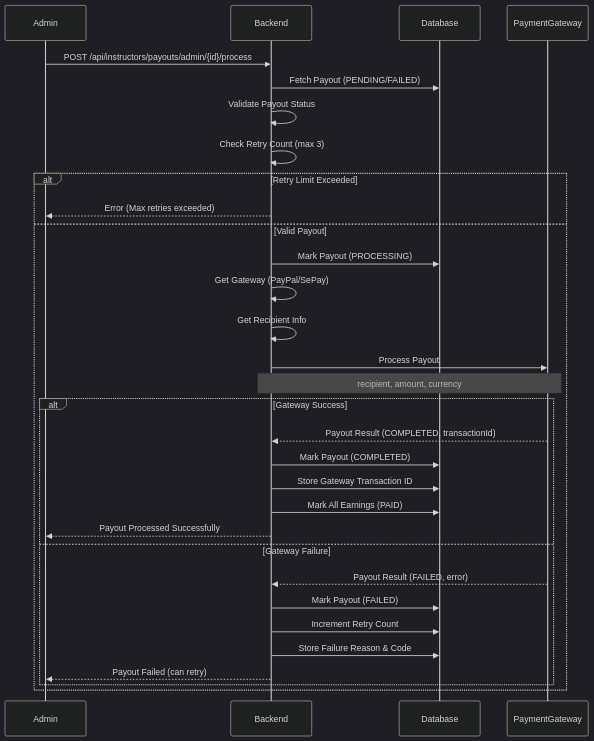
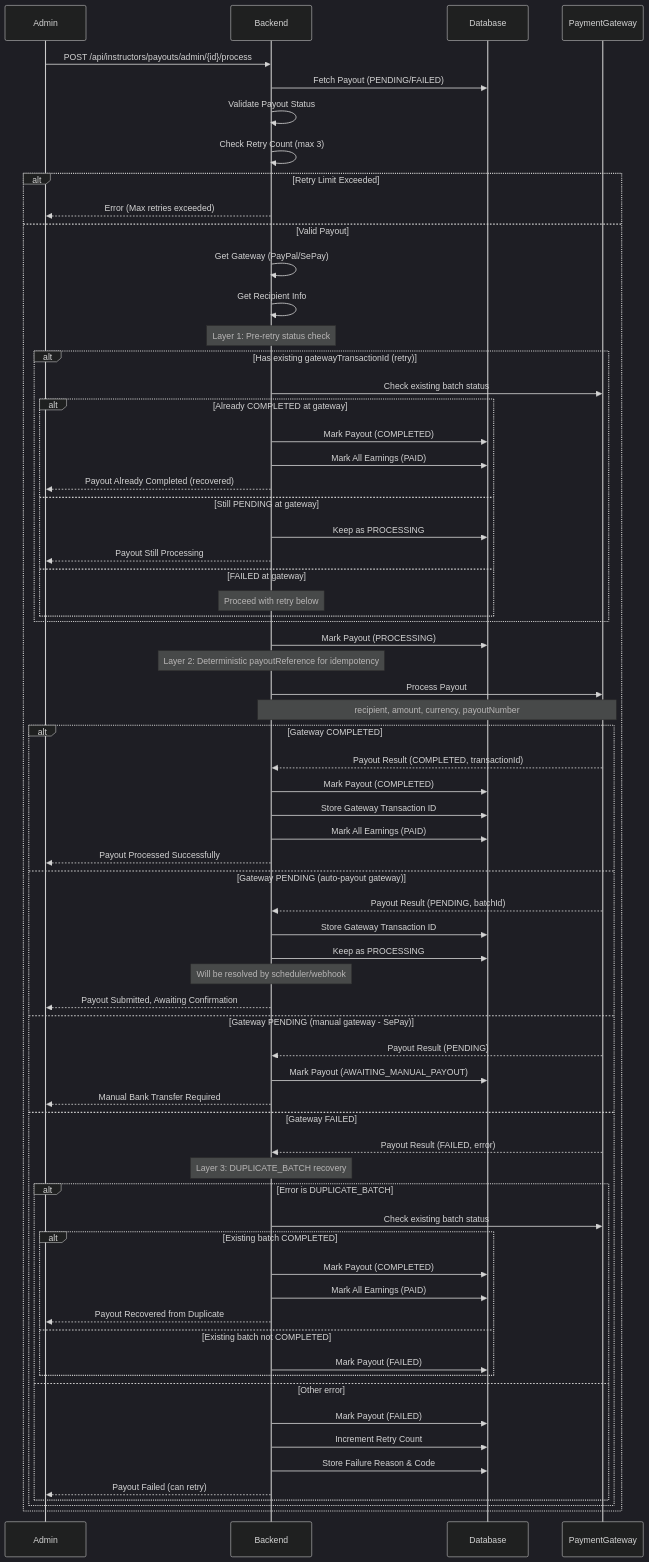
Before and after one commit to HuuLocFIT/EduMind: the fifth of 17 diagrams in docs/workflows/payout_workflows.md, drawn with Mermaid (dark theme). The commit also changed other lines of this file and 1 other file, not shown here.

First line of the commit message:
feat: update payout and refund workflows documentation

````diff
--- a/docs/workflows/payout_workflows.md
+++ b/docs/workflows/payout_workflows.md
@@ -167,37 +176,77 @@
 ```mermaid
 sequenceDiagram
     participant Admin
     participant Backend
     participant Database
     participant PaymentGateway
 
     Admin->>Backend: POST /api/instructors/payouts/admin/{id}/process
     Backend->>Database: Fetch Payout (PENDING/FAILED)
     Backend->>Backend: Validate Payout Status
     Backend->>Backend: Check Retry Count (max 3)
-    
+
     alt Retry Limit Exceeded
         Backend-->>Admin: Error (Max retries exceeded)
     else Valid Payout
-        Backend->>Database: Mark Payout (PROCESSING)
         Backend->>Backend: Get Gateway (PayPal/SePay)
         Backend->>Backend: Get Recipient Info
-        
+
+        Note over Backend: Layer 1: Pre-retry status check
+        alt Has existing gatewayTransactionId (retry)
+            Backend->>PaymentGateway: Check existing batch status
+            alt Already COMPLETED at gateway
+                Backend->>Database: Mark Payout (COMPLETED)
+                Backend->>Database: Mark All Earnings (PAID)
+                Backend-->>Admin: Payout Already Completed (recovered)
+            else Still PENDING at gateway
+                Backend->>Database: Keep as PROCESSING
+                Backend-->>Admin: Payout Still Processing
+            else FAILED at gateway
+                Note over Backend: Proceed with retry below
+            end
+        end
+
+        Backend->>Database: Mark Payout (PROCESSING)
+
+        Note over Backend: Layer 2: Deterministic payoutReference for idempotency
         Backend->>PaymentGateway: Process Payout
-        Note over Backend,PaymentGateway: recipient, amount, currency
-        
-        alt Gateway Success
+        Note over Backend,PaymentGateway: recipient, amount, currency, payoutNumber
+
+        alt Gateway COMPLETED
             PaymentGateway-->>Backend: Payout Result (COMPLETED, transactionId)
             Backend->>Database: Mark Payout (COMPLETED)
             Backend->>Database: Store Gateway Transaction ID
             Backend->>Database: Mark All Earnings (PAID)
             Backend-->>Admin: Payout Processed Successfully
-        else Gateway Failure
+        else Gateway PENDING (auto-payout gateway)
+            PaymentGateway-->>Backend: Payout Result (PENDING, batchId)
+            Backend->>Database: Store Gateway Transaction ID
+            Backend->>Database: Keep as PROCESSING
+            Note over Backend: Will be resolved by scheduler/webhook
+            Backend-->>Admin: Payout Submitted, Awaiting Confirmation
+        else Gateway PENDING (manual gateway - SePay)
+            PaymentGateway-->>Backend: Payout Result (PENDING)
+            Backend->>Database: Mark Payout (AWAITING_MANUAL_PAYOUT)
+            Backend-->>Admin: Manual Bank Transfer Required
+        else Gateway FAILED
             PaymentGateway-->>Backend: Payout Result (FAILED, error)
-            Backend->>Database: Mark Payout (FAILED)
-            Backend->>Database: Increment Retry Count
-            Backend->>Database: Store Failure Reason & Code
-            Backend-->>Admin: Payout Failed (can retry)
+
+            Note over Backend: Layer 3: DUPLICATE_BATCH recovery
+            alt Error is DUPLICATE_BATCH
+                Backend->>PaymentGateway: Check existing batch status
+                alt Existing batch COMPLETED
+                    Backend->>Database: Mark Payout (COMPLETED)
+                    Backend->>Database: Mark All Earnings (PAID)
+                    Backend-->>Admin: Payout Recovered from Duplicate
+                else Existing batch not COMPLETED
+                    Backend->>Database: Mark Payout (FAILED)
+                end
+            else Other error
+                Backend->>Database: Mark Payout (FAILED)
+                Backend->>Database: Increment Retry Count
+                Backend->>Database: Store Failure Reason & Code
+                Backend-->>Admin: Payout Failed (can retry)
+            end
         end
     end
 ```
````
